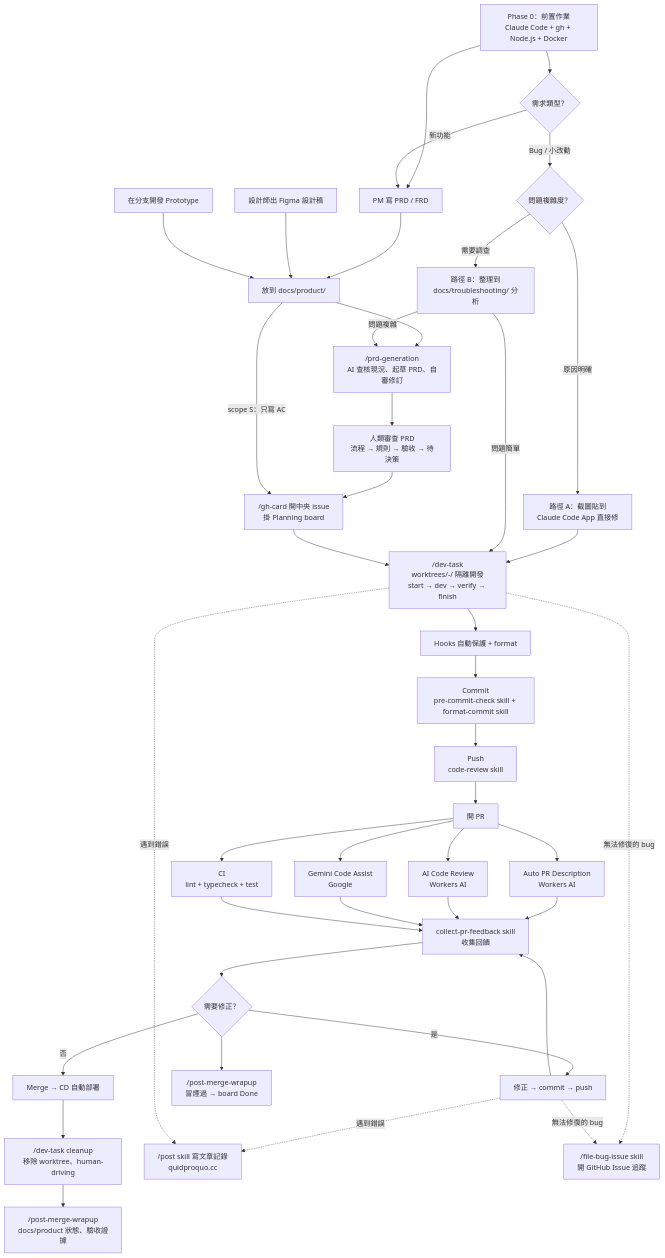
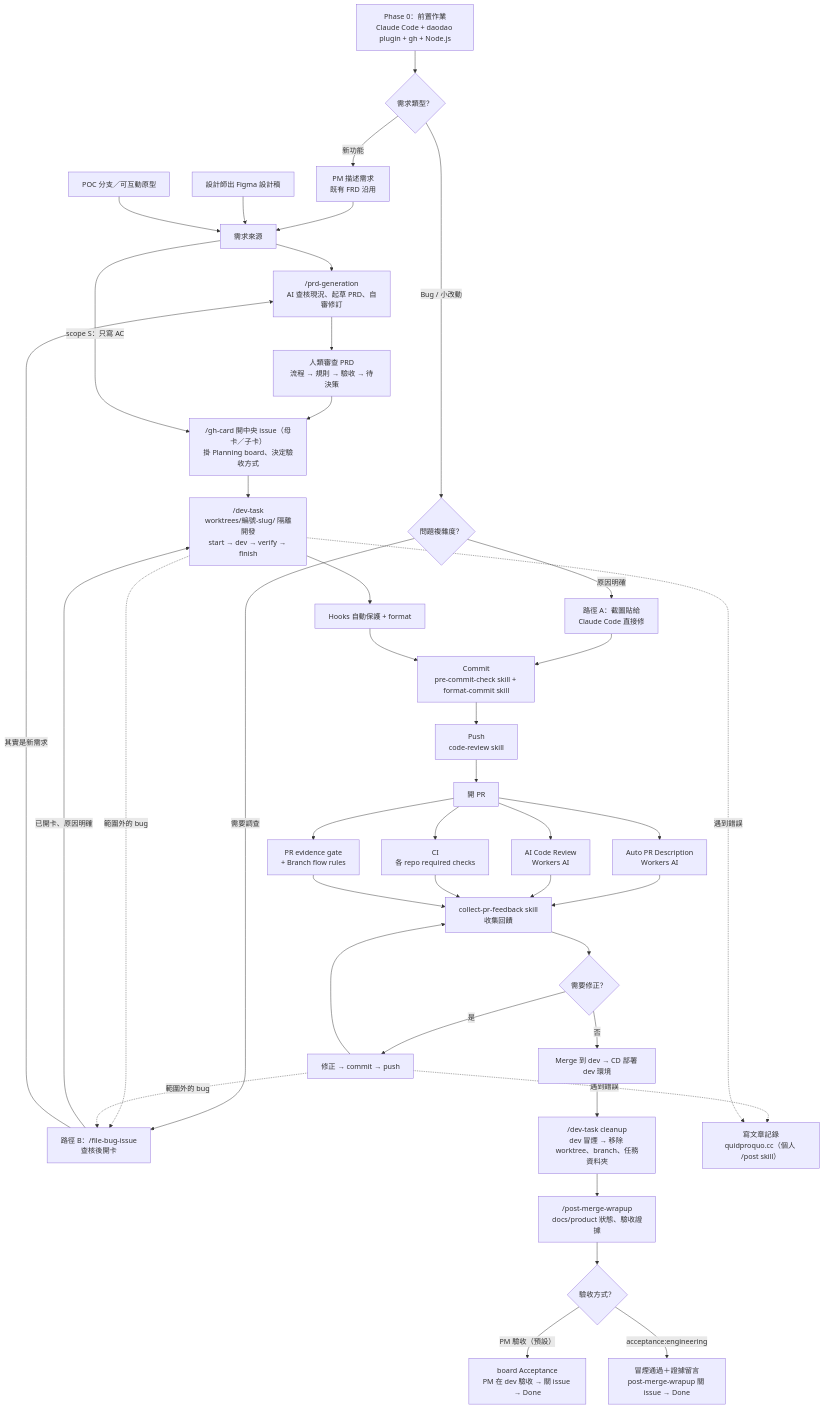
One commit to daodaoedu/daodao changed the diagram in docs/workflow.md. Above: the diagram before and after it, drawn with Mermaid. The commit also changed other lines of this file and 24 other files, not shown here.

````diff
--- a/docs/workflow.md
+++ b/docs/workflow.md
@@ -21,45 +23,46 @@
 ```mermaid
 flowchart TD
-    A0["Phase 0：前置作業<br/>Claude Code + gh + Node.js + Docker"] --> A1
-    A0 --> BUG{"需求類型？"}
+    A0["Phase 0：前置作業<br/>Claude Code + daodao plugin + gh + Node.js"] --> BUG{"需求類型？"}
 
     BUG -- "新功能" --> A1
-    A1[PM 寫 PRD / FRD] --> A4[放到 docs/product/]
+    A1[PM 描述需求<br/>既有 FRD 沿用] --> A4[需求來源]
     A2[設計師出 Figma 設計稿] --> A4
-    A3[在分支開發 Prototype] --> A4
+    A3[POC 分支／可互動原型] --> A4
     A4 --> B["/prd-generation<br/>AI 查核現況、起草 PRD、自審修訂"]
 
     BUG -- "Bug / 小改動" --> BUGPATH{"問題複雜度？"}
-    BUGPATH -- "原因明確" --> BUGA["路徑 A：截圖貼到<br/>Claude Code App 直接修"]
-    BUGA --> F
-    BUGPATH -- "需要調查" --> BUGB["路徑 B：整理到<br/>docs/troubleshooting/ 分析"]
-    BUGB -- "問題簡單" --> F
-    BUGB -- "問題複雜" --> B
+    BUGPATH -- "原因明確" --> BUGA["路徑 A：截圖貼給<br/>Claude Code 直接修"]
+    BUGA --> H
+    BUGPATH -- "需要調查" --> BUGB["路徑 B：/file-bug-issue<br/>查核後開卡"]
+    BUGB -- "已開卡、原因明確" --> F
+    BUGB -- "其實是新需求" --> B
     B --> E["人類審查 PRD<br/>流程 → 規則 → 驗收 → 待決策"]
-    E --> E2["/gh-card 開中央 issue<br/>掛 Planning board"]
+    E --> E2["/gh-card 開中央 issue（母卡／子卡）<br/>掛 Planning board、決定驗收方式"]
     A4 -- "scope S：只寫 AC" --> E2
-    E2 --> F["/dev-task<br/>worktrees/<n>-<slug>/ 隔離開發<br/>start → dev → verify → finish"]
+    E2 --> F["/dev-task<br/>worktrees/編號-slug/ 隔離開發<br/>start → dev → verify → finish"]
     F --> G["Hooks 自動保護 + format"]
     G --> H["Commit<br/>pre-commit-check skill + format-commit skill"]
     H --> I["Push<br/>code-review skill"]
     I --> J[開 PR]
 
     J --> K["Auto PR Description<br/>Workers AI"]
     J --> L["AI Code Review<br/>Workers AI"]
-    J --> M["Gemini Code Assist<br/>Google"]
-    J --> N["CI<br/>lint + typecheck + test"]
+    J --> N["CI<br/>各 repo required checks"]
+    J --> V["PR evidence gate<br/>+ Branch flow rules"]
 
-    K & L & M & N --> O["collect-pr-feedback skill<br/>收集回饋"]
+    K & L & N & V --> O["collect-pr-feedback skill<br/>收集回饋"]
     O --> P{需要修正？}
     P -- 是 --> Q[修正 → commit → push] --> O
-    P -- 否 --> R[Merge → CD 自動部署]
-    R --> S["/dev-task cleanup<br/>移除 worktree、human-driving"]
+    P -- 否 --> R[Merge 到 dev → CD 部署 dev 環境]
+    R --> S["/dev-task cleanup<br/>dev 冒煙 → 移除 worktree、branch、任務資料夾"]
     S --> T["/post-merge-wrapup<br/>docs/product 狀態、驗收證據"]
 
-    Q -. 遇到錯誤 .-> U["/post skill 寫文章記錄<br/>quidproquo.cc"]
+    Q -. 遇到錯誤 .-> U["寫文章記錄<br/>quidproquo.cc（個人 /post skill）"]
     F -. 遇到錯誤 .-> U
-    F -. 無法修復的 bug .-> Y["/file-bug-issue skill<br/>開 GitHub Issue 追蹤"]
-    Q -. 無法修復的 bug .-> Y
+    F -. 範圍外的 bug .-> BUGB
+    Q -. 範圍外的 bug .-> BUGB
 
-    P --> Z["/post-merge-wrapup<br/>冒煙過 → board Done"]
+    T --> Z{"驗收方式？"}
+    Z -- "PM 驗收（預設）" --> Z1["board Acceptance<br/>PM 在 dev 驗收 → 關 issue → Done"]
+    Z -- "acceptance:engineering" --> Z2["冒煙通過＋證據留言<br/>post-merge-wrapup 關 issue → Done"]
 ```
````
